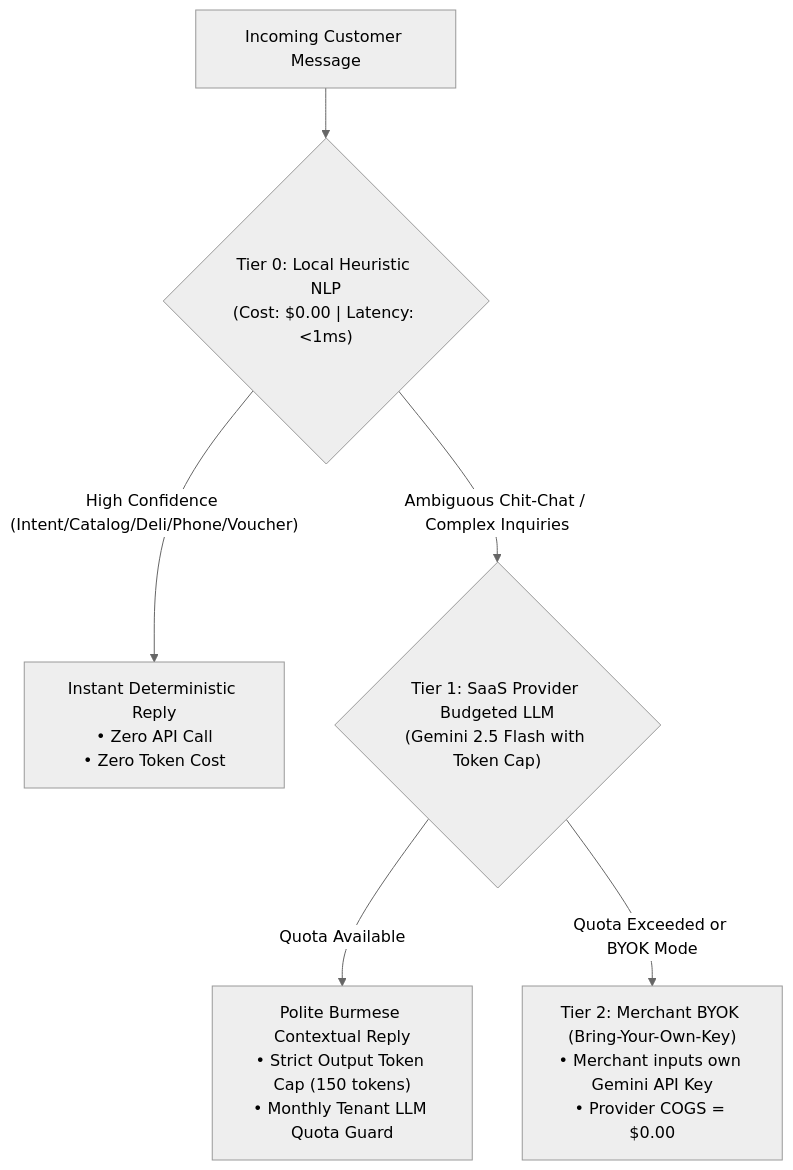
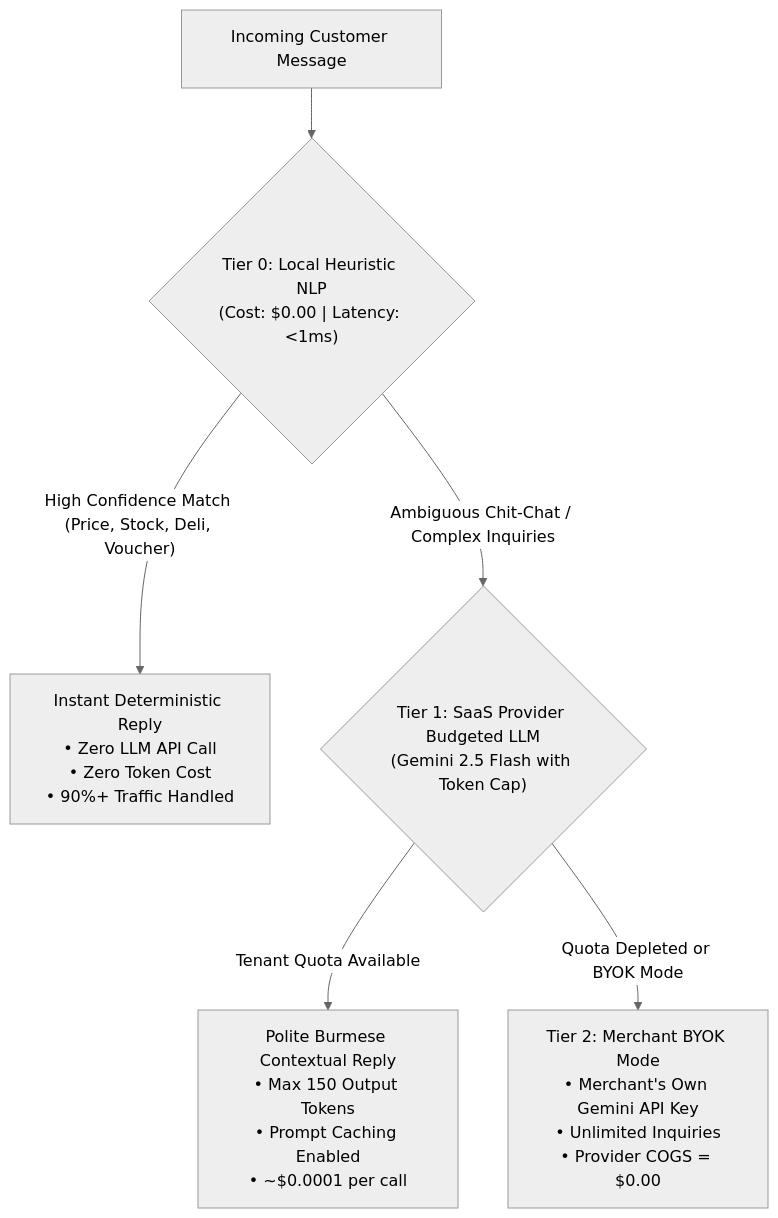
One commit to Garrett-Bo/myanmar-social-commerce-hub changed the third of 3 diagrams in MASTER_PLAN.md. Above: the diagram before and after it, drawn with Mermaid (neutral theme). The commit also changed other lines of this file and 1 other file, not shown here.

Commit message:
docs: upgrade MASTER_PLAN.md and add 1706-line IMPROVED_MASTER_PLAN.md with TAM/SAM/SOM, competitor matrix, and 6-month solo-founder execution roadmap

````diff
--- a/MASTER_PLAN.md
+++ b/MASTER_PLAN.md
@@ -164,8 +775,8 @@
 ```mermaid
 flowchart TD
     Msg["Incoming Customer Message"] --> T0{"Tier 0: Local Heuristic NLP\n(Cost: $0.00 | Latency: <1ms)"}
-    T0 -->|"High Confidence (Intent/Catalog/Deli/Phone/Voucher)"| Reply0["Instant Deterministic Reply\n• Zero API Call\n• Zero Token Cost"]
+    T0 -->|"High Confidence Match (Price, Stock, Deli, Voucher)"| Reply0["Instant Deterministic Reply\n• Zero LLM API Call\n• Zero Token Cost\n• 90%+ Traffic Handled"]
     T0 -->|"Ambiguous Chit-Chat / Complex Inquiries"| T1{"Tier 1: SaaS Provider Budgeted LLM\n(Gemini 2.5 Flash with Token Cap)"}
-    T1 -->|"Quota Available"| Reply1["Polite Burmese Contextual Reply\n• Strict Output Token Cap (150 tokens)\n• Monthly Tenant LLM Quota Guard"]
-    T1 -->|"Quota Exceeded or BYOK Mode"| T2["Tier 2: Merchant BYOK (Bring-Your-Own-Key)\n• Merchant inputs own Gemini API Key\n• Provider COGS = $0.00"]
+    T1 -->|"Tenant Quota Available"| Reply1["Polite Burmese Contextual Reply\n• Max 150 Output Tokens\n• Prompt Caching Enabled\n• ~$0.0001 per call"]
+    T1 -->|"Quota Depleted or BYOK Mode"| T2["Tier 2: Merchant BYOK Mode\n• Merchant's Own Gemini API Key\n• Unlimited Inquiries\n• Provider COGS = $0.00"]
 ```
````
